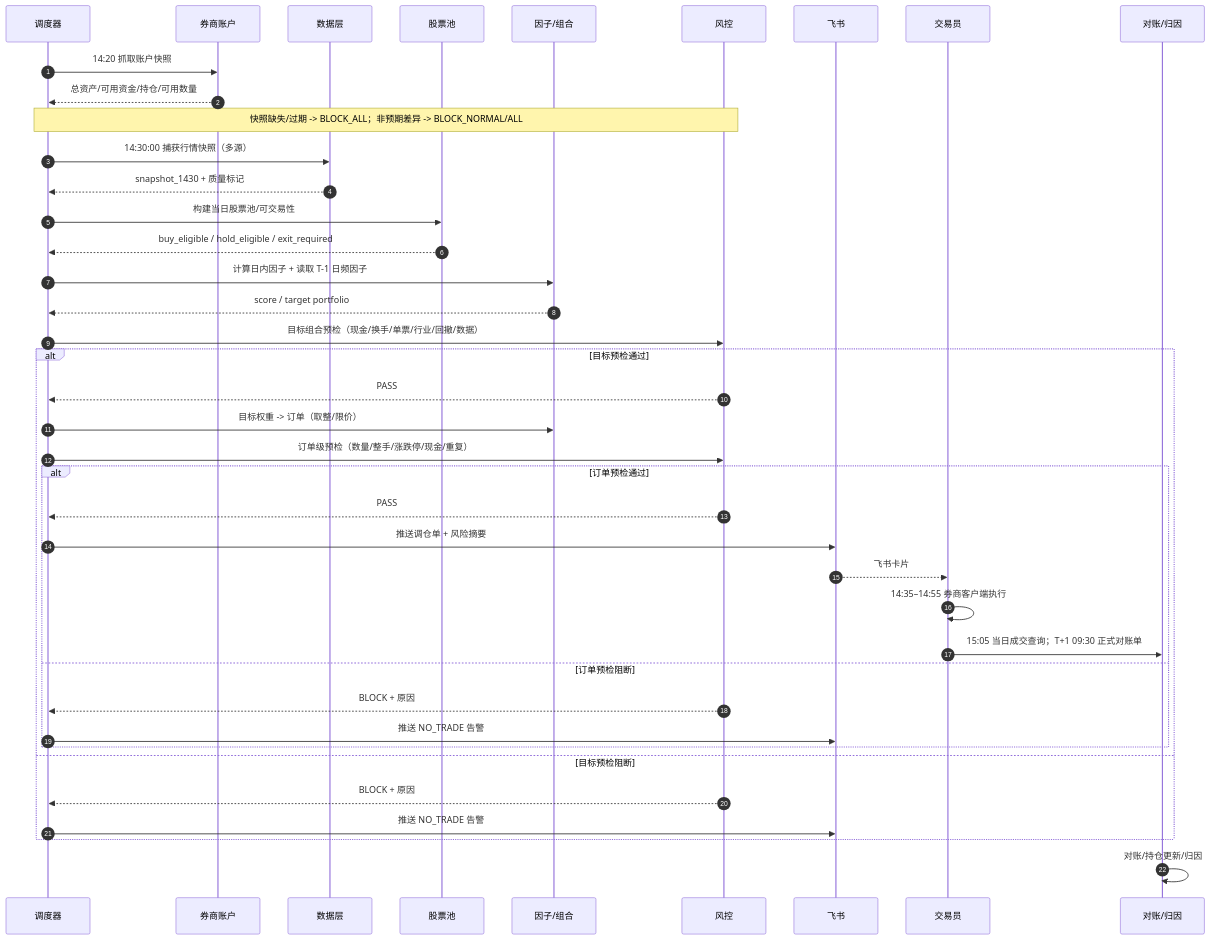
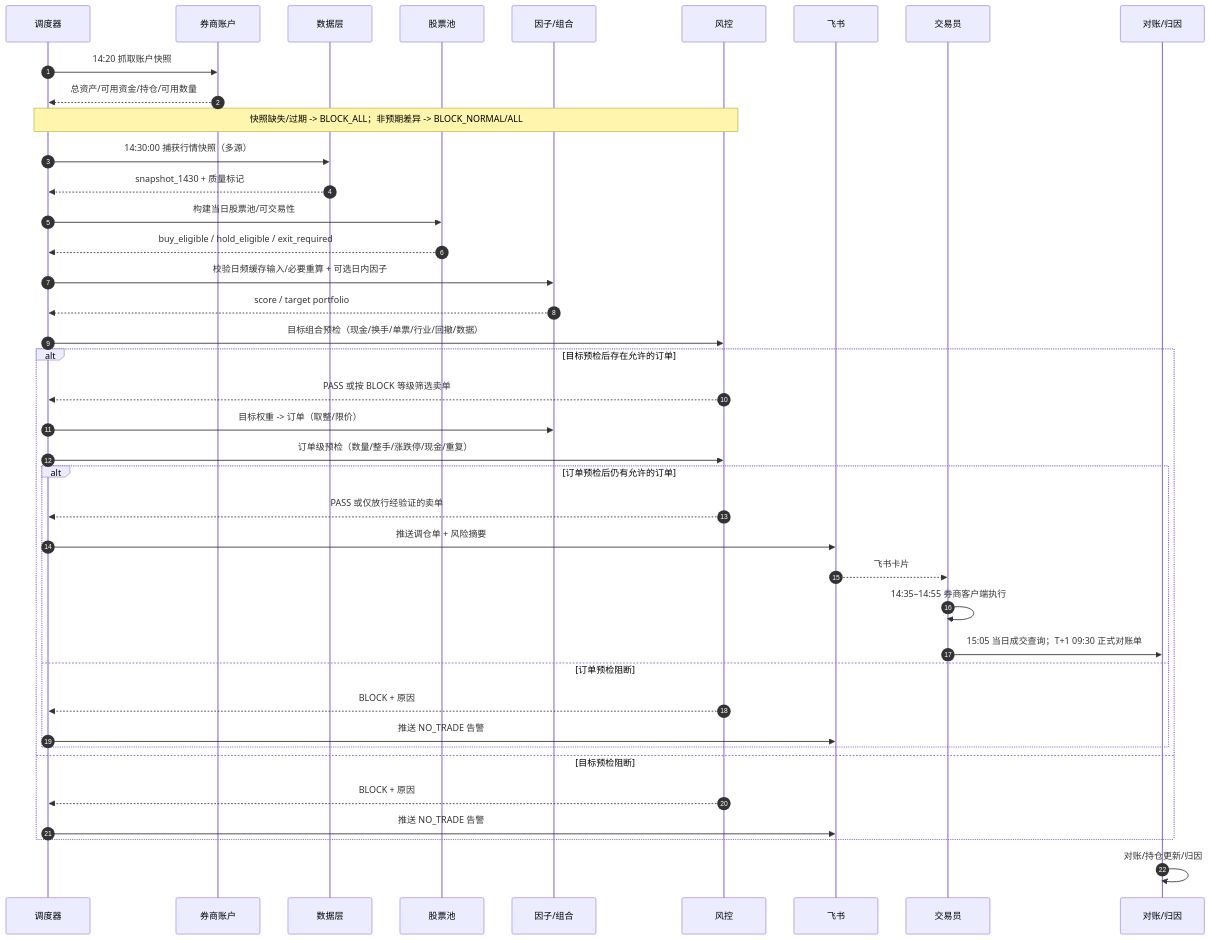
The second of 3 diagrams in docs/design.md (shanghaitechXHF/quantx), drawn with Mermaid before and after one commit. The commit also changed other lines of this file and 1 other file, not shown here.

````diff
--- a/docs/design.md
+++ b/docs/design.md
@@ -593,43 +479,43 @@
 ```mermaid
 sequenceDiagram
     autonumber
     participant SCH as 调度器
     participant ACC as 券商账户
     participant DATA as 数据层
     participant UNI as 股票池
     participant FACT as 因子/组合
     participant RISK as 风控
     participant IM as 飞书
     participant HUM as 交易员
     participant OPS as 对账/归因
 
     SCH->>ACC: 14:20 抓取账户快照
     ACC-->>SCH: 总资产/可用资金/持仓/可用数量
     Note over SCH,RISK: 快照缺失/过期 -> BLOCK_ALL；非预期差异 -> BLOCK_NORMAL/ALL
     SCH->>DATA: 14:30:00 捕获行情快照（多源）
     DATA-->>SCH: snapshot_1430 + 质量标记
     SCH->>UNI: 构建当日股票池/可交易性
     UNI-->>SCH: buy_eligible / hold_eligible / exit_required
-    SCH->>FACT: 计算日内因子 + 读取 T-1 日频因子
+    SCH->>FACT: 校验日频缓存输入/必要重算 + 可选日内因子
     FACT-->>SCH: score / target portfolio
     SCH->>RISK: 目标组合预检（现金/换手/单票/行业/回撤/数据）
-    alt 目标预检通过
-        RISK-->>SCH: PASS
+    alt 目标预检后存在允许的订单
+        RISK-->>SCH: PASS 或按 BLOCK 等级筛选卖单
         SCH->>FACT: 目标权重 -> 订单（取整/限价）
         SCH->>RISK: 订单级预检（数量/整手/涨跌停/现金/重复）
-        alt 订单预检通过
-            RISK-->>SCH: PASS
+        alt 订单预检后仍有允许的订单
+            RISK-->>SCH: PASS 或仅放行经验证的卖单
             SCH->>IM: 推送调仓单 + 风险摘要
             IM-->>HUM: 飞书卡片
             HUM->>HUM: 14:35–14:55 券商客户端执行
             HUM->>OPS: 15:05 当日成交查询；T+1 09:30 正式对账单
         else 订单预检阻断
             RISK-->>SCH: BLOCK + 原因
             SCH->>IM: 推送 NO_TRADE 告警
         end
     else 目标预检阻断
         RISK-->>SCH: BLOCK + 原因
         SCH->>IM: 推送 NO_TRADE 告警
     end
     OPS->>OPS: 对账/持仓更新/归因
 ```
````
